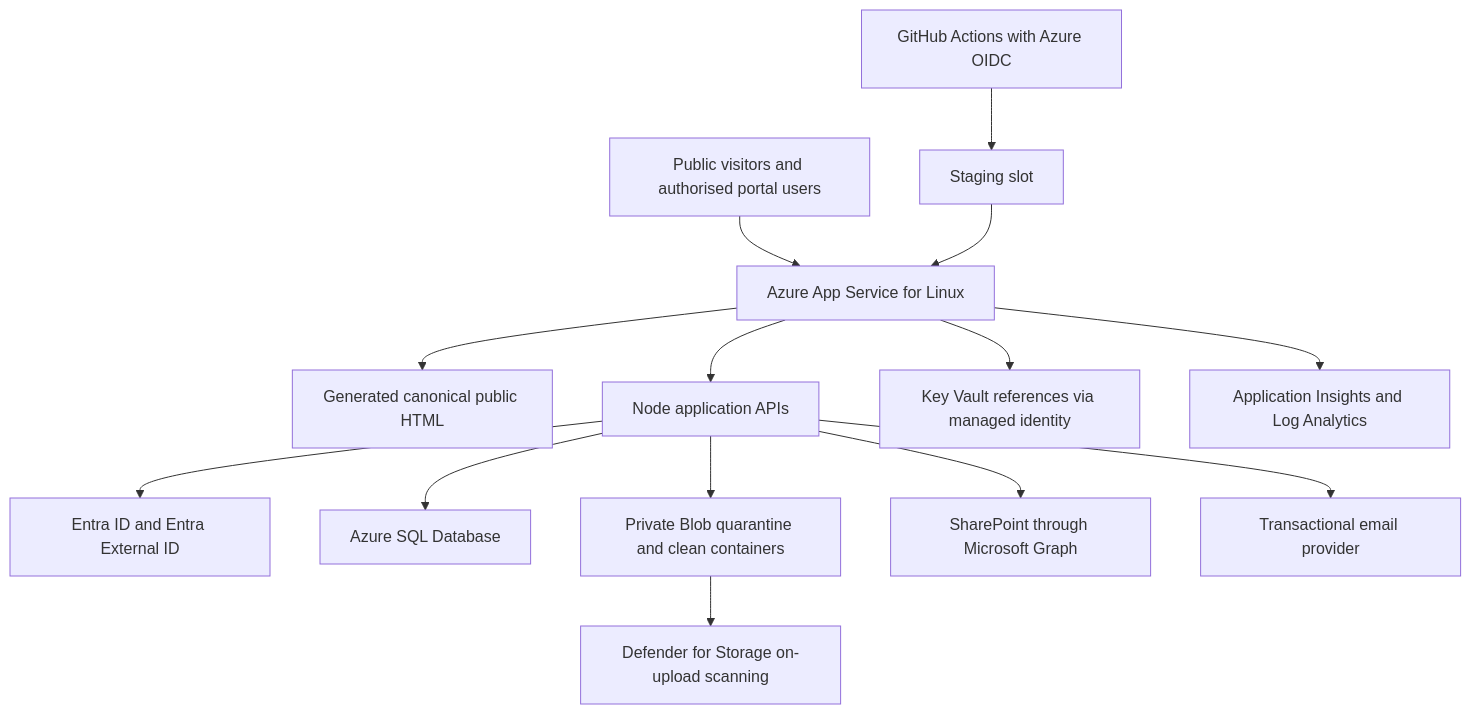
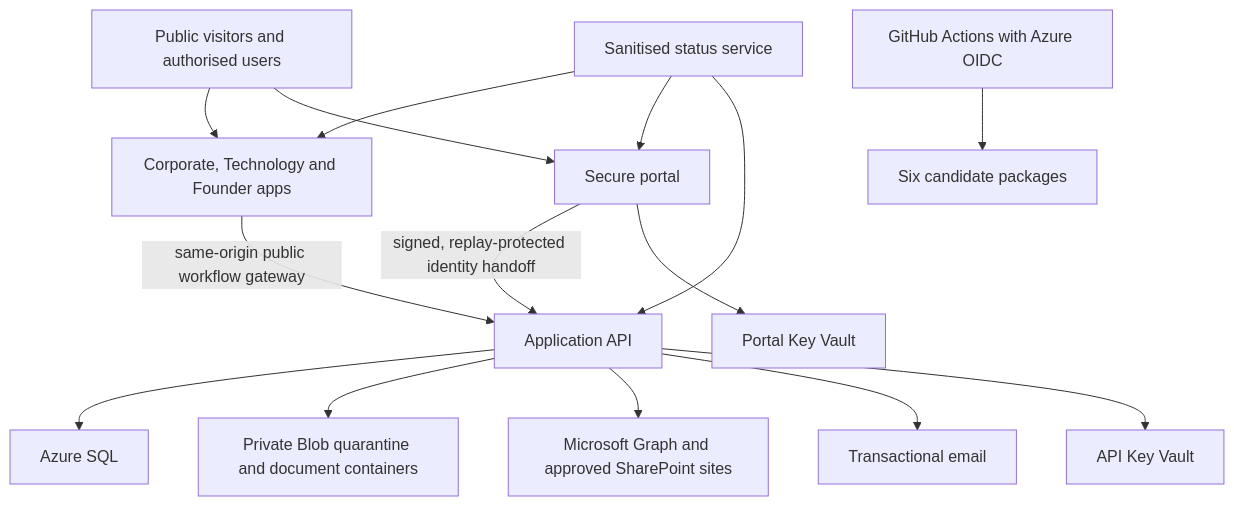
Before and after one commit to NovapharmHealthacre/novapharm-website: the diagram in architecture/architecture-decision-record.md, drawn with Mermaid. The commit also changed other lines of this file and 23 other files, not shown here.

````diff
--- a/architecture/architecture-decision-record.md
+++ b/architecture/architecture-decision-record.md
@@ -26,16 +22,17 @@
 ```mermaid
 flowchart TB
-  U["Public visitors and authorised portal users"] --> APP["Azure App Service for Linux"]
-  APP --> PUB["Generated canonical public HTML"]
-  APP --> API["Node application APIs"]
-  API --> AUTH["Entra ID and Entra External ID"]
-  API --> SQL["Azure SQL Database"]
-  API --> BLOB["Private Blob quarantine and clean containers"]
-  API --> SP["SharePoint through Microsoft Graph"]
-  API --> MAIL["Transactional email provider"]
-  APP --> KV["Key Vault references via managed identity"]
-  APP --> AI["Application Insights and Log Analytics"]
-  BLOB --> DEF["Defender for Storage on-upload scanning"]
-  GHA["GitHub Actions with Azure OIDC"] --> SLOT["Staging slot"]
-  SLOT --> APP
+  USERS["Public visitors and authorised users"] --> PUBLIC["Corporate, Technology and Founder apps"]
+  USERS --> PORTAL["Secure portal"]
+  PUBLIC -->|"same-origin public workflow gateway"| API["Application API"]
+  PORTAL -->|"signed, replay-protected identity handoff"| API
+  STATUS["Sanitised status service"] --> PUBLIC
+  STATUS --> PORTAL
+  STATUS --> API
+  API --> SQL["Azure SQL"]
+  API --> BLOB["Private Blob quarantine and document containers"]
+  API --> GRAPH["Microsoft Graph and approved SharePoint sites"]
+  API --> MAIL["Transactional email"]
+  PORTAL --> PKV["Portal Key Vault"]
+  API --> AKV["API Key Vault"]
+  GHA["GitHub Actions with Azure OIDC"] --> APPS["Six candidate packages"]
 ```
````
